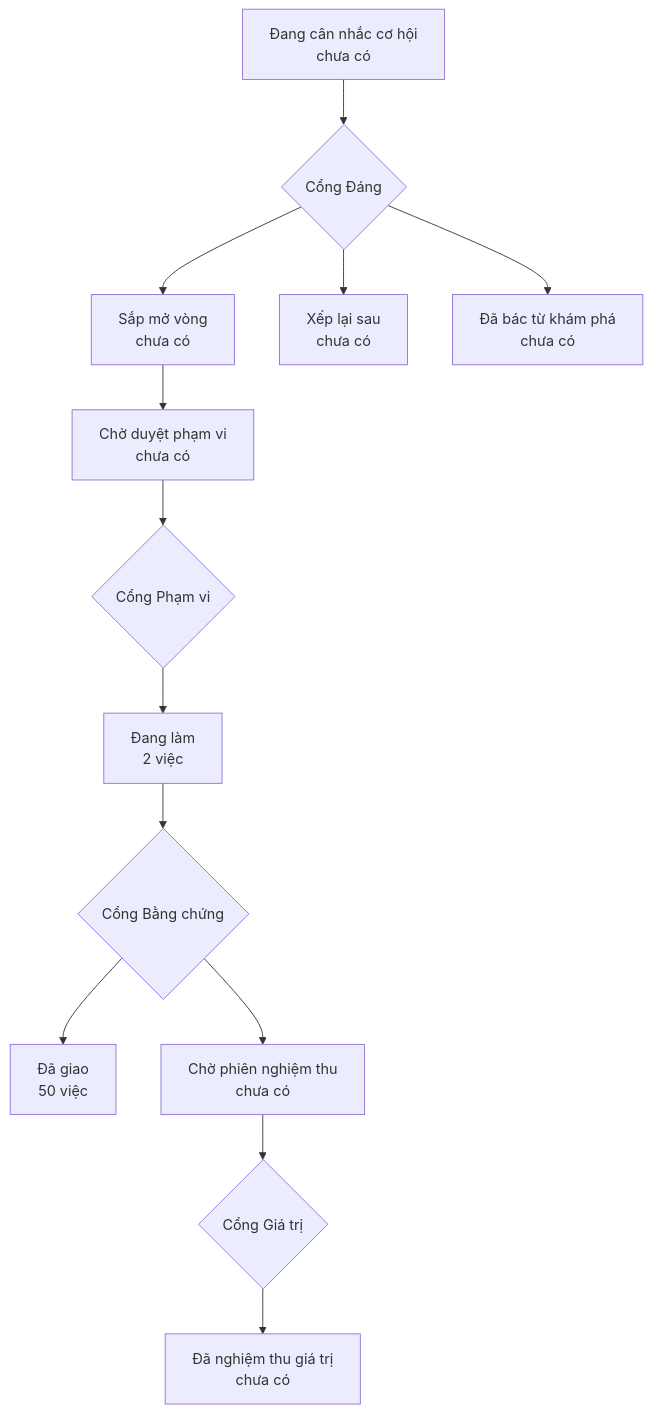
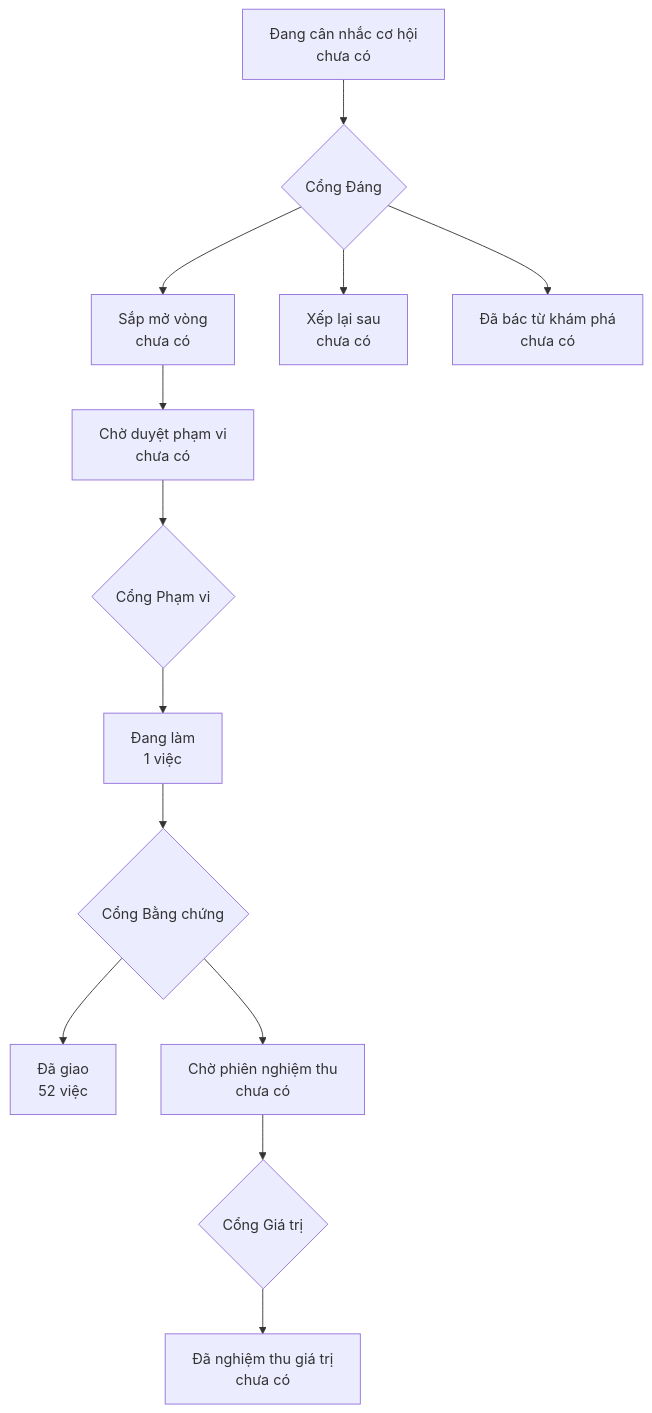
One commit to phanlemanh/acceptance-gate-kit changed the diagram in PRODUCT-MAP.md. Above: the diagram before and after it, drawn with Mermaid. The commit also changed other lines of this file and 6 other files, not shown here.

````diff
--- a/PRODUCT-MAP.md
+++ b/PRODUCT-MAP.md
@@ -6,12 +6,12 @@
 ```mermaid
 flowchart TD
   A["Đang cân nhắc cơ hội<br/>chưa có"] --> GD{"Cổng Đáng"}
   GD --> B["Sắp mở vòng<br/>chưa có"]
   GD --> XL["Xếp lại sau<br/>chưa có"]
   GD --> DB["Đã bác từ khám phá<br/>chưa có"]
   B --> CD["Chờ duyệt phạm vi<br/>chưa có"] --> GP{"Cổng Phạm vi"}
-  GP --> DL["Đang làm<br/>2 việc"] --> GB{"Cổng Bằng chứng"}
-  GB --> DG["Đã giao<br/>50 việc"]
+  GP --> DL["Đang làm<br/>1 việc"] --> GB{"Cổng Bằng chứng"}
+  GB --> DG["Đã giao<br/>52 việc"]
   GB --> CN["Chờ phiên nghiệm thu<br/>chưa có"] --> GG{"Cổng Giá trị"}
   GG --> NT["Đã nghiệm thu giá trị<br/>chưa có"]
 ```
````
